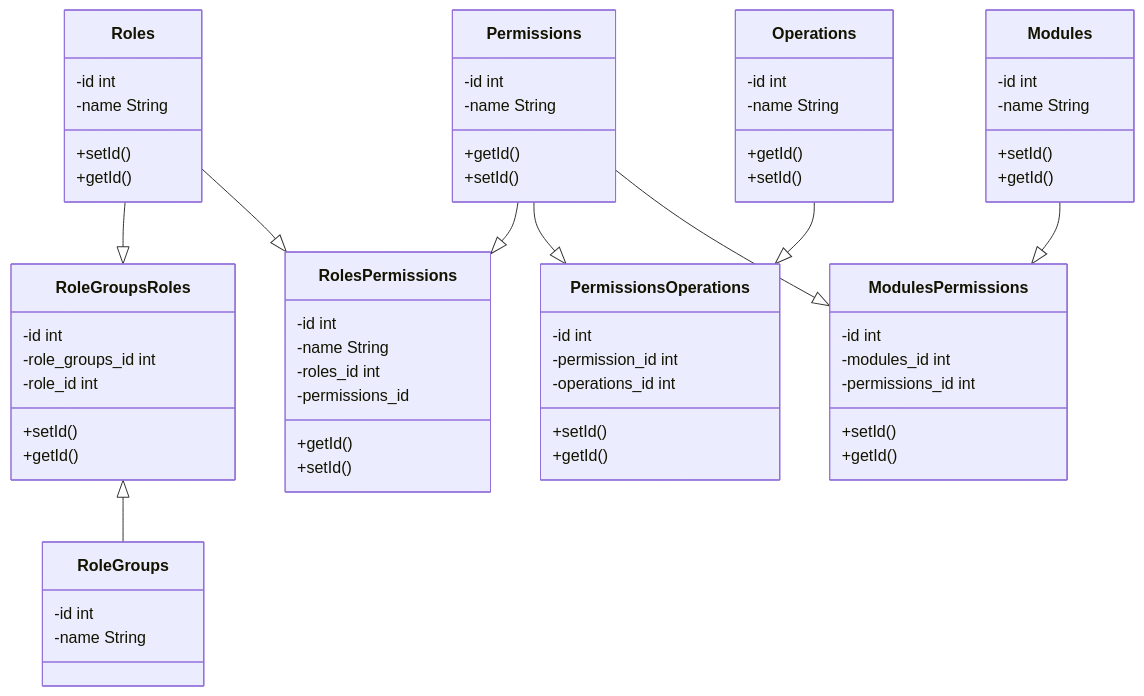
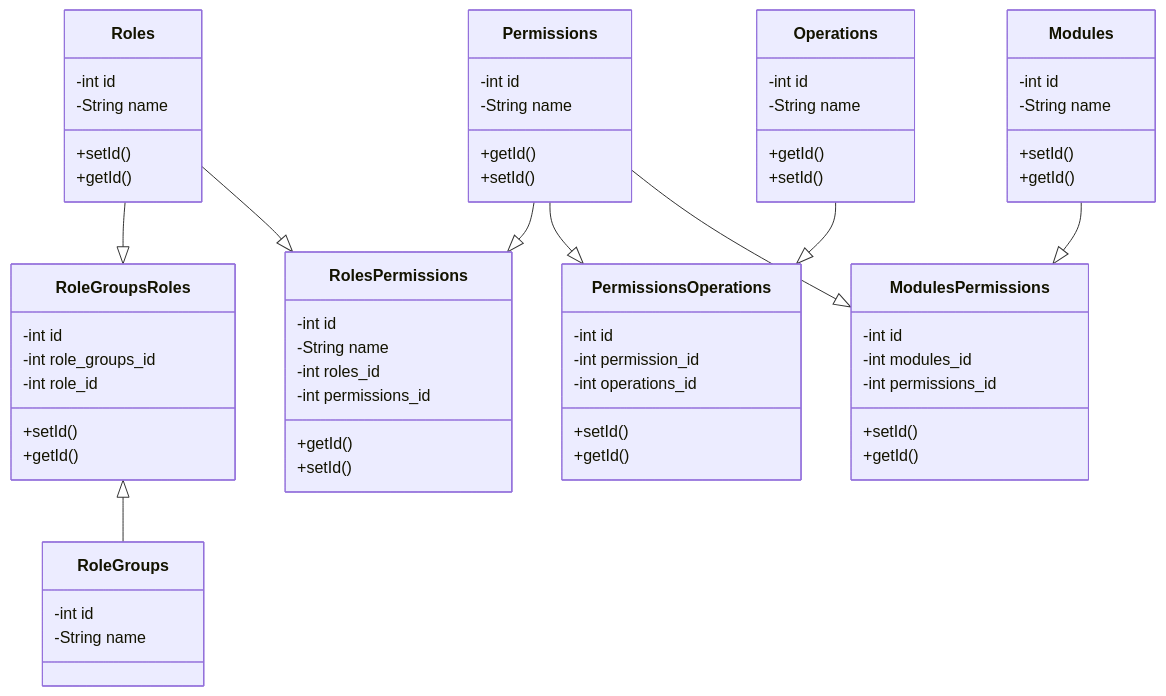
Before and after one commit to KuyoDynamics/SILCServer: the seventh of 8 diagrams in docs/RBAC Theory and Design Notes.MD, drawn with Mermaid.

Commit message:
Fix syntax error for Mermaid ClassDiagrams(MD-DOCs)

````diff
--- a/docs/RBAC Theory and Design Notes.MD
+++ b/docs/RBAC Theory and Design Notes.MD
@@ -302,69 +302,69 @@
 ```mermaid
 classDiagram
   Roles --|> RoleGroupsRoles
   RoleGroupsRoles <|-- RoleGroups
   Roles --|> RolesPermissions
   Permissions --|> RolesPermissions
   Permissions --|> PermissionsOperations
   Operations --|> PermissionsOperations
   Modules --|> ModulesPermissions
   Permissions --|> ModulesPermissions
 
   class Permissions{
-    -id int
-    -name String
+    -int id
+    -String name 
     +getId()
     +setId()
   }
   class Operations{
-    -id int
-    -name String
+    -int id 
+    -String name 
     +getId()
     +setId()
   }
   class PermissionsOperations{
-    -id int
-    -permission_id int
-    -operations_id int
+    -int id
+    -int permission_id
+    -int operations_id
     +setId()
     +getId()
   }
   class Modules{
-    -id int
-    -name String
+    -int id
+    -String name
     +setId()
     +getId()
   }
   class ModulesPermissions{
-    -id int
-    -modules_id int
-    -permissions_id int
+    -int id
+    -int modules_id
+    -int permissions_id
     +setId()
     +getId()
   }
   class Roles{
-    -id int
-    -name String
+    -int id
+    -String name
     +setId()
     +getId()
   }
   class RoleGroupsRoles{
-    -id int
-    -role_groups_id int
-    -role_id int
+    -int id
+    -int role_groups_id
+    -int role_id
     +setId()
     +getId()
   }
   class RoleGroups{
-    -id int
-    -name String
+    -int id
+    -String name
   }
   class RolesPermissions{
-    -id int
-    -name String
-    -roles_id int
-    -permissions_id
+    -int id
+    -String name
+    -int roles_id
+    -int permissions_id
     +getId()
     +setId()
   }
 ```
````
